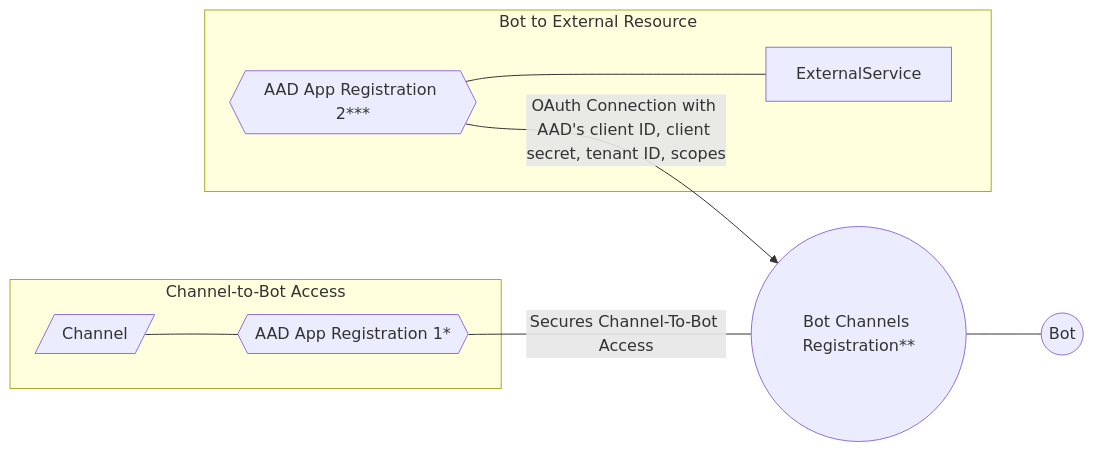
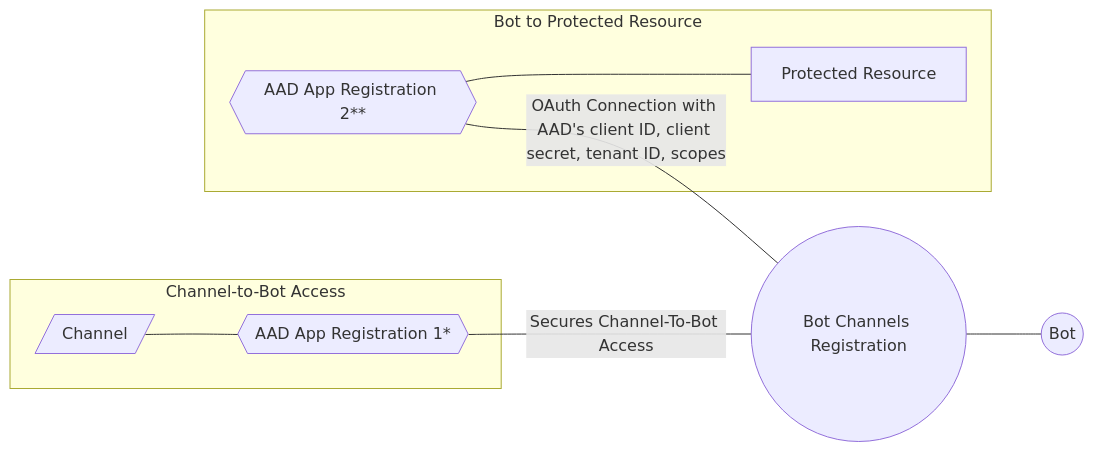
The diagram in MarkdownFiles/Authentication/DetailedViewAddAuthToYourBotViaABS.md (Zerryth/Mermaid), drawn with Mermaid before and after one commit. The commit also changed 9 other files, not shown here.

Commit message:
Updated diagrams with feedback given from Carlos

````diff
--- a/MarkdownFiles/Authentication/DetailedViewAddAuthToYourBotViaABS.md
+++ b/MarkdownFiles/Authentication/DetailedViewAddAuthToYourBotViaABS.md
@@ -1,16 +1,16 @@
 ```mermaid
     graph LR
     
     subgraph Channel-to-Bot Access
         Channel[/Channel/] --- AAD1{{AAD App Registration 1*}}
     end
-    AAD1 -- Secures Channel-To-Bot Access --- BotChannelsRegistration((Bot Channels Registration**))
+    AAD1 -- Secures Channel-To-Bot Access --- BotChannelsRegistration((Bot Channels Registration))
     
-    subgraph Bot to External Resource
-        AAD2{{AAD App Registration 2***}} --- ExternalService
+    subgraph Bot to Protected Resource
+        AAD2{{AAD App Registration 2**}} --- ProtectedResource[Protected Resource]
     end
-    AAD2 -- OAuth Connection with AAD's client ID, client secret, tenant ID, scopes--> BotChannelsRegistration
+    AAD2 -- OAuth Connection with AAD's client ID, client secret, tenant ID, scopes --- BotChannelsRegistration
 
     BotChannelsRegistration --- Bot((Bot))
 
 ```
````
